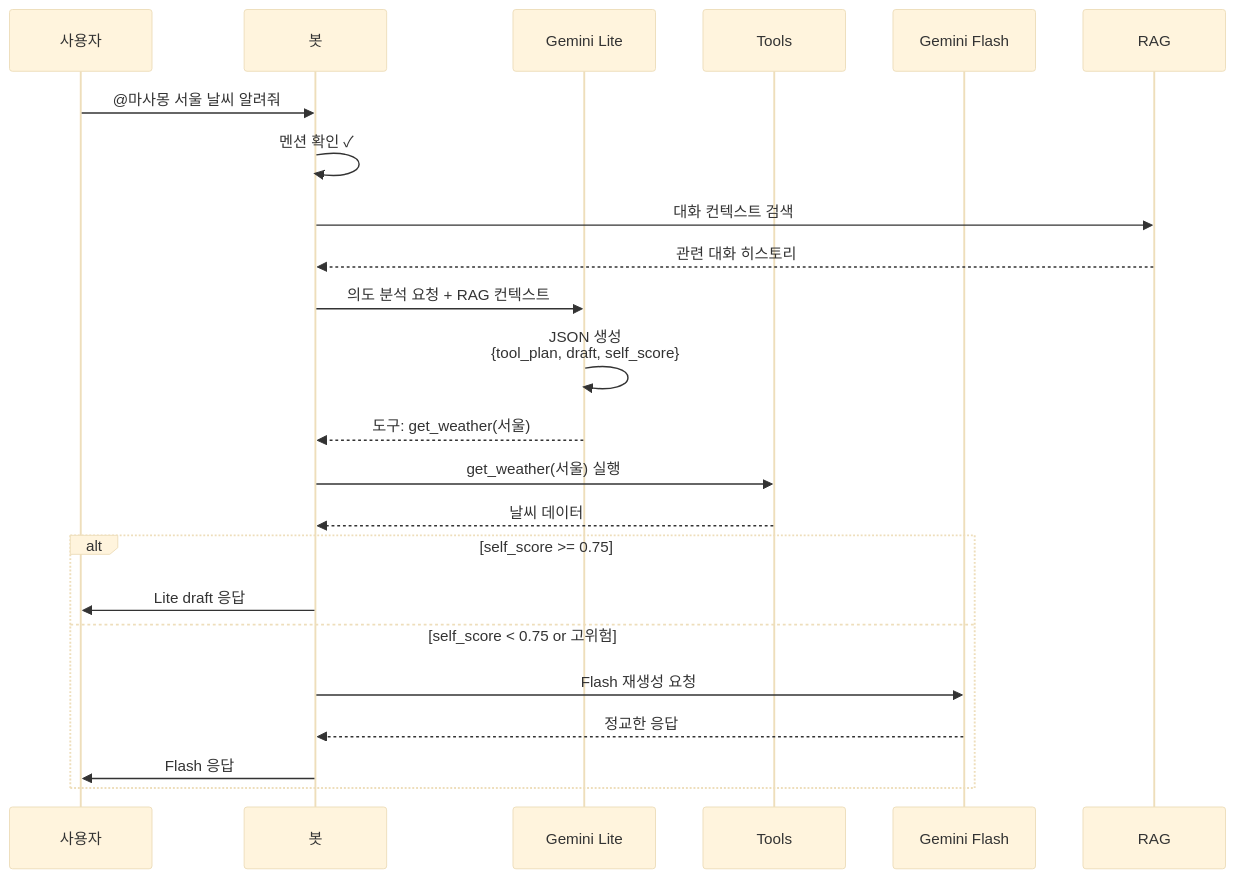
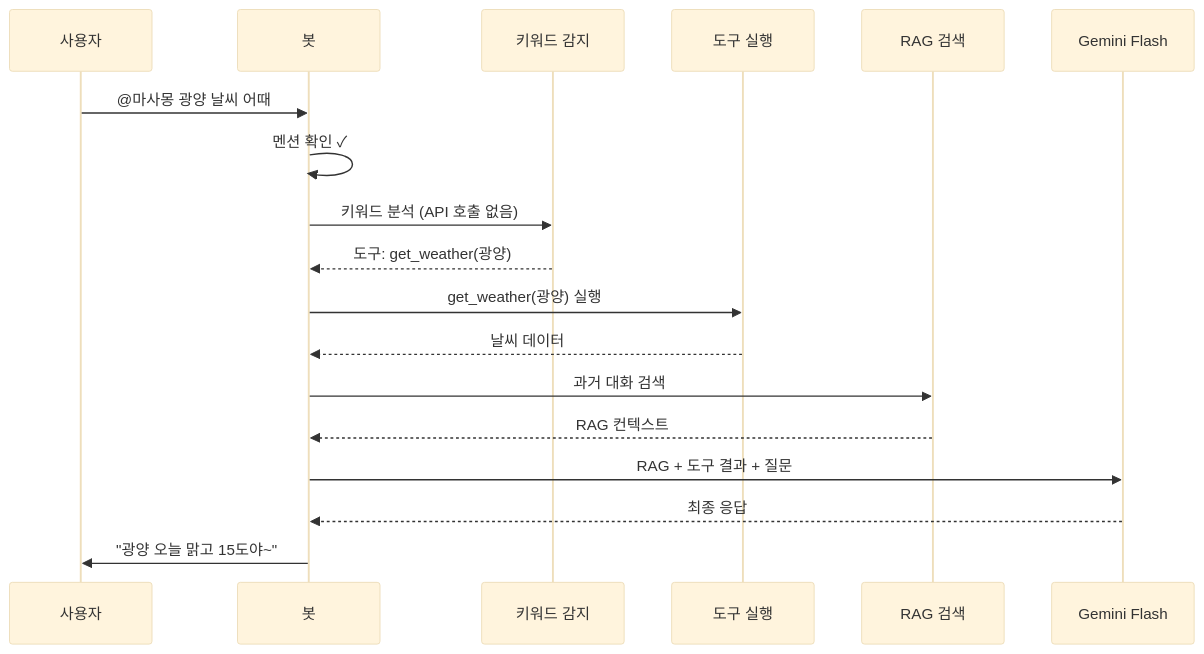
One commit to kim0040/masamong changed the second of 3 diagrams in README.md. Above: the diagram before and after it, drawn with Mermaid (base theme). The commit also changed other lines of this file, not shown here.

Commit message:
docs: Update README for single-model architecture v2.1

````diff
--- a/README.md
+++ b/README.md
@@ -98,27 +82,21 @@
 ```mermaid
 sequenceDiagram
     participant U as 사용자
     participant B as 봇
-    participant L as Gemini Lite
-    participant T as Tools
-    participant F as Gemini Flash
-    participant R as RAG
+    participant K as 키워드 감지
+    participant T as 도구 실행
+    participant R as RAG 검색
+    participant M as Gemini Flash
     
-    U->>B: @마사몽 서울 날씨 알려줘
+    U->>B: @마사몽 광양 날씨 어때
     B->>B: 멘션 확인 ✓
-    B->>R: 대화 컨텍스트 검색
-    R-->>B: 관련 대화 히스토리
-    B->>L: 의도 분석 요청 + RAG 컨텍스트
-    L->>L: JSON 생성<br/>{tool_plan, draft, self_score}
-    L-->>B: 도구: get_weather(서울)
-    B->>T: get_weather(서울) 실행
+    B->>K: 키워드 분석 (API 호출 없음)
+    K-->>B: 도구: get_weather(광양)
+    B->>T: get_weather(광양) 실행
     T-->>B: 날씨 데이터
-    
-    alt self_score >= 0.75
-        B->>U: Lite draft 응답
-    else self_score < 0.75 or 고위험
-        B->>F: Flash 재생성 요청
-        F-->>B: 정교한 응답
-        B->>U: Flash 응답
-    end
+    B->>R: 과거 대화 검색
+    R-->>B: RAG 컨텍스트
+    B->>M: RAG + 도구 결과 + 질문
+    M-->>B: 최종 응답
+    B->>U: "광양 오늘 맑고 15도야~"
 ```
````
